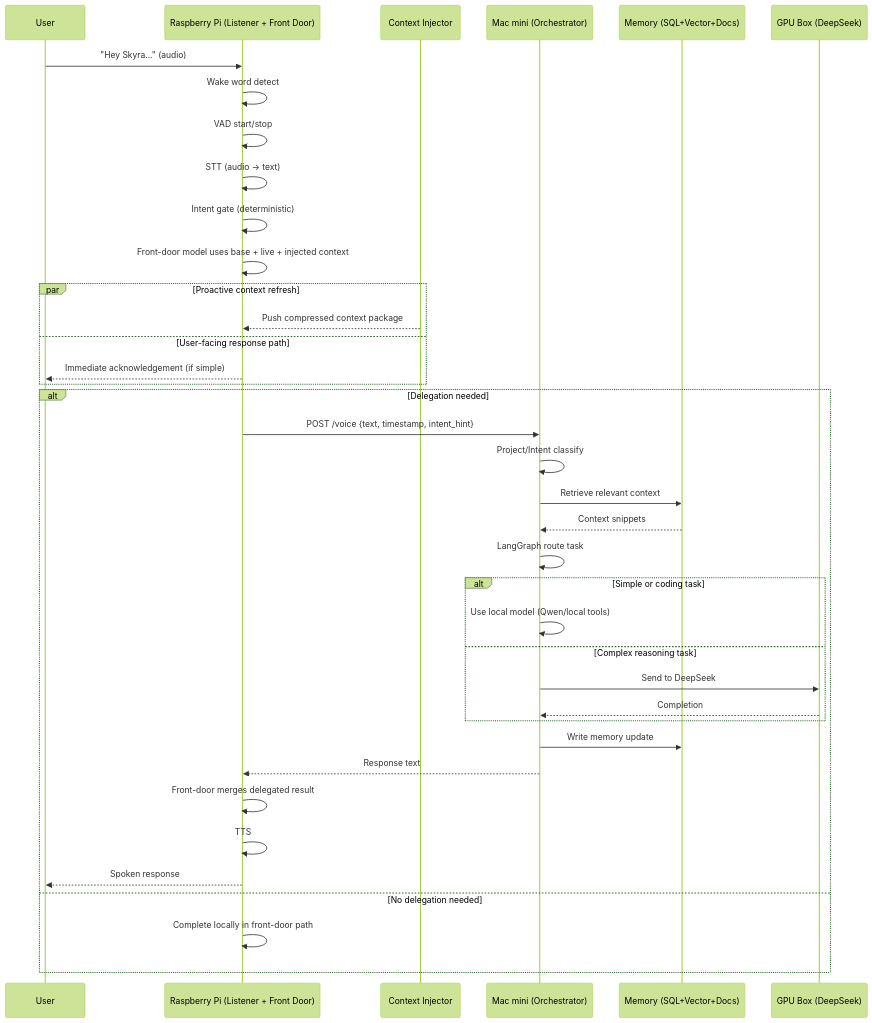
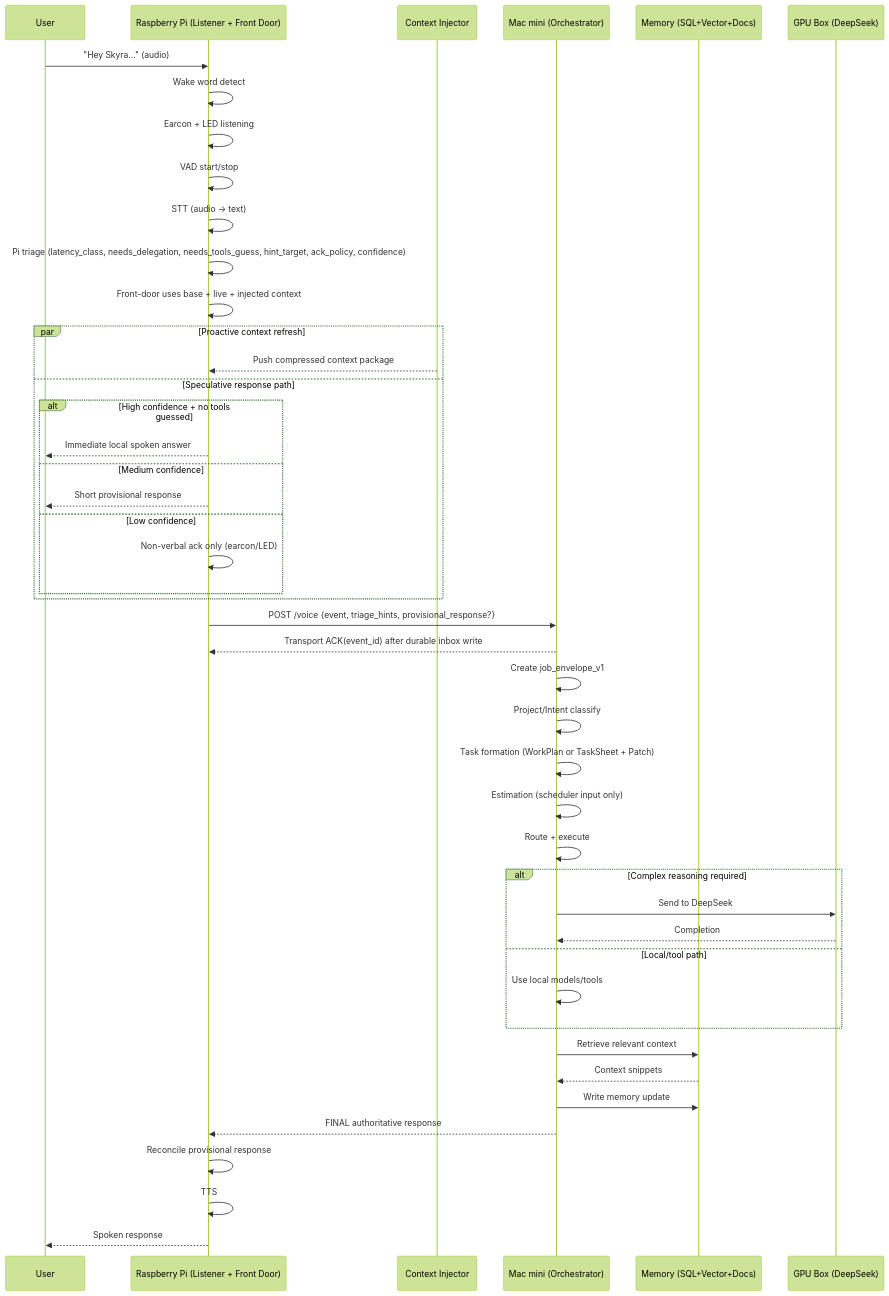
One commit to m-scanlon/tony-stark-was-able-tobuild-this-in-a-cave changed the third of 3 diagrams in docs/arch/v1/scyra.md. Above: the diagram before and after it, drawn with Mermaid (forest theme). The commit also changed other lines of this file, not shown here.

Commit message:
Add consistency and reconciliation model for speculative Pi responses

````diff
--- a/docs/arch/v1/scyra.md
+++ b/docs/arch/v1/scyra.md
@@ -342,44 +383,50 @@
 ```mermaid
 sequenceDiagram
   participant User
   participant Pi as Raspberry Pi (Listener + Front Door)
   participant CIX as Context Injector
   participant Mac as Mac mini (Orchestrator)
   participant DB as Memory (SQL+Vector+Docs)
   participant GPU as GPU Box (DeepSeek)
 
   User->>Pi: "Hey Skyra..." (audio)
   Pi->>Pi: Wake word detect
+  Pi->>Pi: Earcon + LED listening
   Pi->>Pi: VAD start/stop
   Pi->>Pi: STT (audio → text)
-  Pi->>Pi: Intent gate (deterministic)
-  Pi->>Pi: Front-door model uses base + live + injected context
+  Pi->>Pi: Pi triage (latency_class, needs_delegation, needs_tools_guess, hint_target, ack_policy, confidence)
+  Pi->>Pi: Front-door uses base + live + injected context
   par Proactive context refresh
     CIX-->>Pi: Push compressed context package
-  and User-facing response path
-    Pi-->>User: Immediate acknowledgement (if simple)
+  and Speculative response path
+    alt High confidence + no tools guessed
+      Pi-->>User: Immediate local spoken answer
+    else Medium confidence
+      Pi-->>User: Short provisional response
+    else Low confidence
+      Pi->>Pi: Non-verbal ack only (earcon/LED)
+    end
   end
 
-  alt Delegation needed
-    Pi->>Mac: POST /voice {text, timestamp, intent_hint}
-    Mac->>Mac: Project/Intent classify
+  Pi->>Mac: POST /voice {event, triage_hints, provisional_response?}
+  Mac-->>Pi: Transport ACK(event_id) after durable inbox write
+
+  Mac->>Mac: Create job_envelope_v1
+  Mac->>Mac: Project/Intent classify
+  Mac->>Mac: Task formation (WorkPlan or TaskSheet + Patch)
+  Mac->>Mac: Estimation (scheduler input only)
+  Mac->>Mac: Route + execute
+  alt Complex reasoning required
+    Mac->>GPU: Send to DeepSeek
+    GPU-->>Mac: Completion
+  else Local/tool path
+    Mac->>Mac: Use local models/tools
+  end
     Mac->>DB: Retrieve relevant context
     DB-->>Mac: Context snippets
-
-    Mac->>Mac: LangGraph route task
-    alt Simple or coding task
-      Mac->>Mac: Use local model (Qwen/local tools)
-    else Complex reasoning task
-      Mac->>GPU: Send to DeepSeek
-      GPU-->>Mac: Completion
-    end
-
-    Mac->>DB: Write memory update
-    Mac-->>Pi: Response text
-    Pi->>Pi: Front-door merges delegated result
+  Mac->>DB: Write memory update
+    Mac-->>Pi: FINAL authoritative response
+    Pi->>Pi: Reconcile provisional response
     Pi->>Pi: TTS
     Pi-->>User: Spoken response
-  else No delegation needed
-    Pi->>Pi: Complete locally in front-door path
-  end
 ```
````
